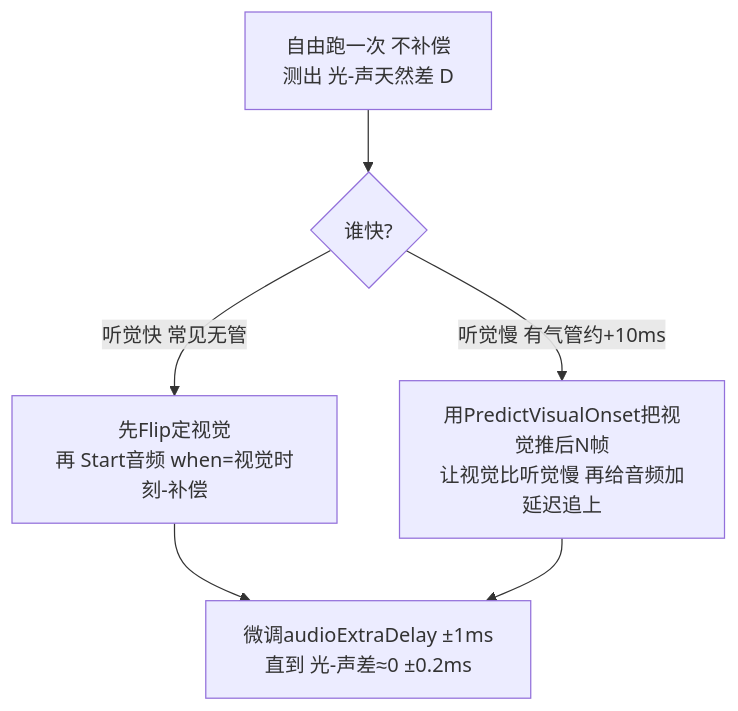
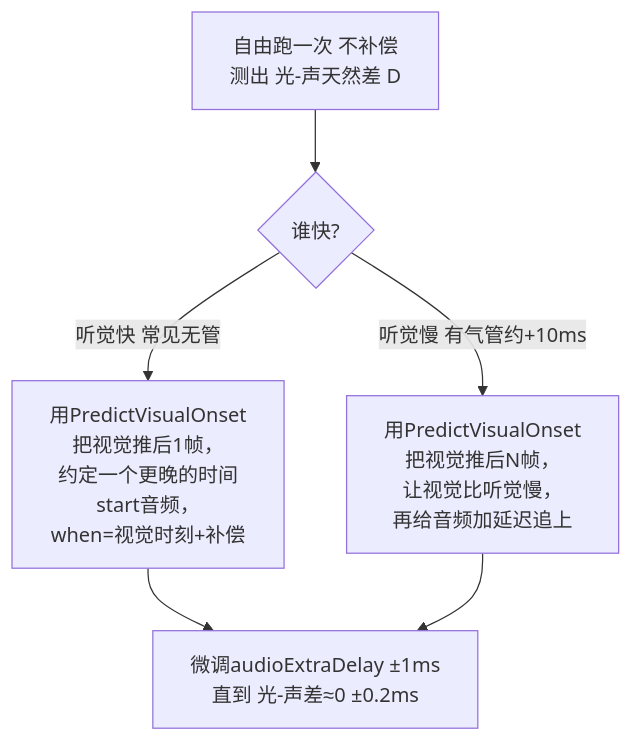
Before and after one commit to Echoguwy/ptb-av-timing: the fifth of 6 diagrams in 高时间精度视听觉刺激呈现说明书.md, drawn with Mermaid. The commit also changed other lines of this file and 7 other files, not shown here.

````diff
--- a/高时间精度视听觉刺激呈现说明书.md
+++ b/高时间精度视听觉刺激呈现说明书.md
@@ -208,8 +213,8 @@
 ```mermaid
 flowchart TD
     A[自由跑一次 不补偿<br/>测出 光-声天然差 D] --> B{谁快?}
-    B -->|听觉快 常见无管| C[先Flip定视觉<br/>再 Start音频 when=视觉时刻-补偿]
-    B -->|听觉慢 有气管约+10ms| D[用PredictVisualOnset把视觉推后N帧<br/>让视觉比听觉慢 再给音频加延迟追上]
+    B -->|听觉快 常见无管| C[用PredictVisualOnset<br/>把视觉推后1帧，<br/>约定一个更晚的时间<br/>start音频，<br/> when=视觉时刻+补偿]
+    B -->|听觉慢 有气管约+10ms| D[用PredictVisualOnset<br/>把视觉推后N帧，<br/>让视觉比听觉慢，<br/>再给音频加延迟追上]
     C --> E[微调audioExtraDelay ±1ms<br/>直到 光-声差≈0 ±0.2ms]
     D --> E
 ```
````
